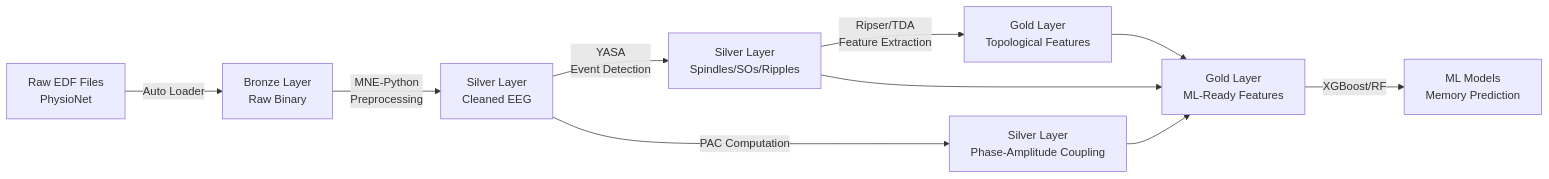
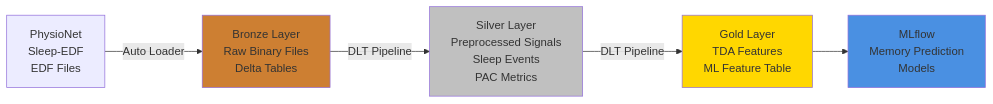
One commit to wang-yuhao/sleep-eeg-lakehouse-databricks changed the diagram in README.md. Above: the diagram before and after it, drawn with Mermaid. The commit also changed other lines of this file, not shown here.

````diff
--- a/README.md
+++ b/README.md
@@ -53,12 +56,12 @@
 ```mermaid
 graph LR
-    A[Raw EDF Files<br/>PhysioNet] -->|Auto Loader| B[Bronze Layer<br/>Raw Binary]
-    B -->|MNE-Python<br/>Preprocessing| C[Silver Layer<br/>Cleaned EEG]
-    C -->|YASA<br/>Event Detection| D[Silver Layer<br/>Spindles/SOs/Ripples]
-    D -->|Ripser/TDA<br/>Feature Extraction| E[Gold Layer<br/>Topological Features]
-    C -->|PAC Computation| F[Silver Layer<br/>Phase-Amplitude Coupling]
-    E --> G[Gold Layer<br/>ML-Ready Features]
-    F --> G
-    D --> G
-    G -->|XGBoost/RF| H[ML Models<br/>Memory Prediction]
+    A[PhysioNet<br/>Sleep-EDF<br/>EDF Files] -->|Auto Loader| B[Bronze Layer<br/>Raw Binary Files<br/>Delta Tables]
+    B -->|DLT Pipeline| C[Silver Layer<br/>Preprocessed Signals<br/>Sleep Events<br/>PAC Metrics]
+    C -->|DLT Pipeline| D[Gold Layer<br/>TDA Features<br/>ML Feature Table]
+    D --> E[MLflow<br/>Memory Prediction<br/>Models]
+    
+    style B fill:#CD7F32
+    style C fill:#C0C0C0
+    style D fill:#FFD700
+    style E fill:#4A90E2
 ```
````
